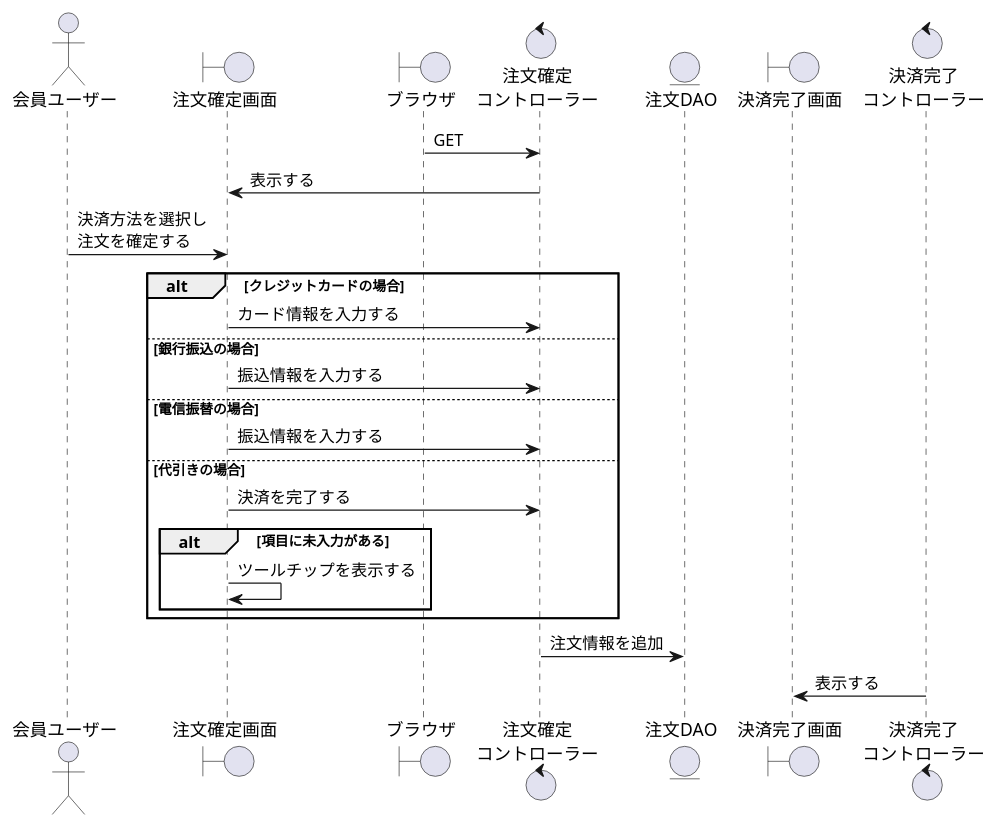
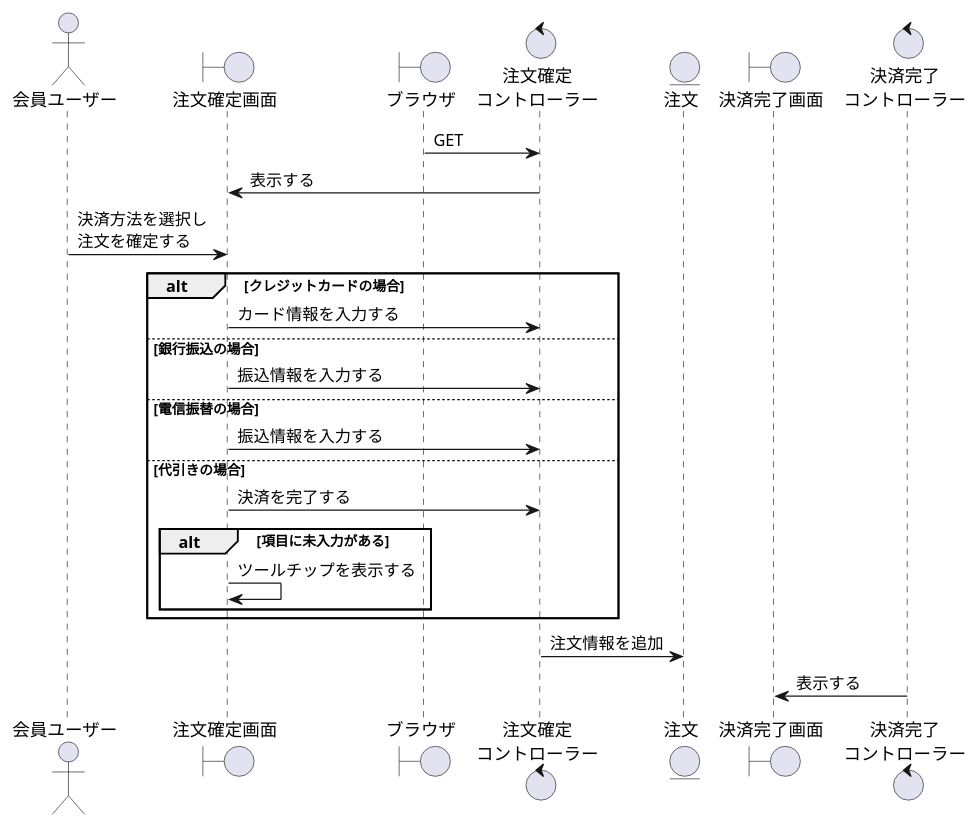
The diagram in BBショップ/注文確定.wsd (ysyk-wtnb16/team_D), drawn with PlantUML before and after one commit. The commit also changed 3 other files, not shown here.

```diff
--- a/BBショップ/注文確定.wsd
+++ b/BBショップ/注文確定.wsd
@@ -1,34 +1,34 @@
 @startuml order
 actor "会員ユーザー" as act
 
 boundary "注文確定画面" as okb
 boundary "ブラウザ" as brz
 control "注文確定\nコントローラー" as okc
-entity "注文DAO" as order
+entity "注文" as order
 boundary "決済完了画面" as okkb
 control "決済完了\nコントローラー" as kkc
 
 brz -> okc: GET
 
 okb <- okc:表示する
 
 act -> okb:決済方法を選択し\n注文を確定する
 
 alt クレジットカードの場合
     okb -> okc:カード情報を入力する
 else 銀行振込の場合
     okb -> okc:振込情報を入力する
 else 電信振替の場合
     okb -> okc:振込情報を入力する
 else 代引きの場合
     okb -> okc:決済を完了する
 
     alt 項目に未入力がある
         okb -> okb:ツールチップを表示する
     end
 end
 
 okc -> order:注文情報を追加
 
 kkc -> okkb:表示する
 @enduml
```
